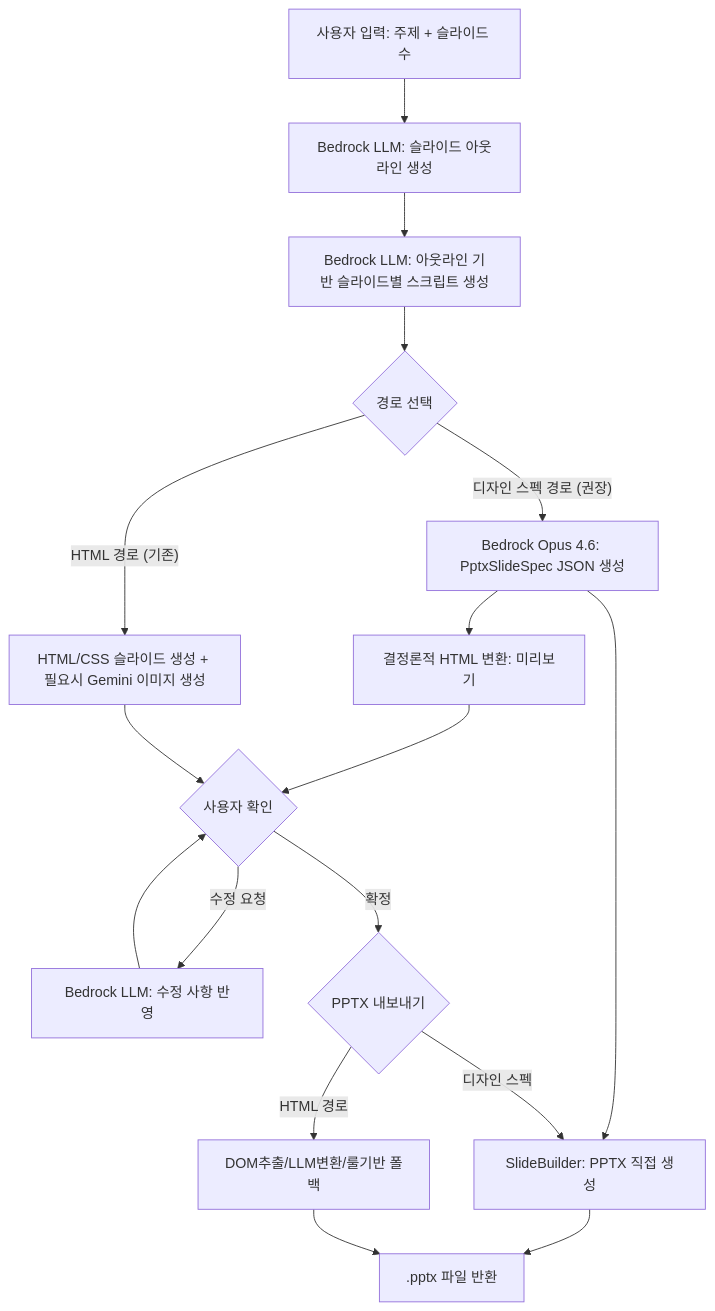
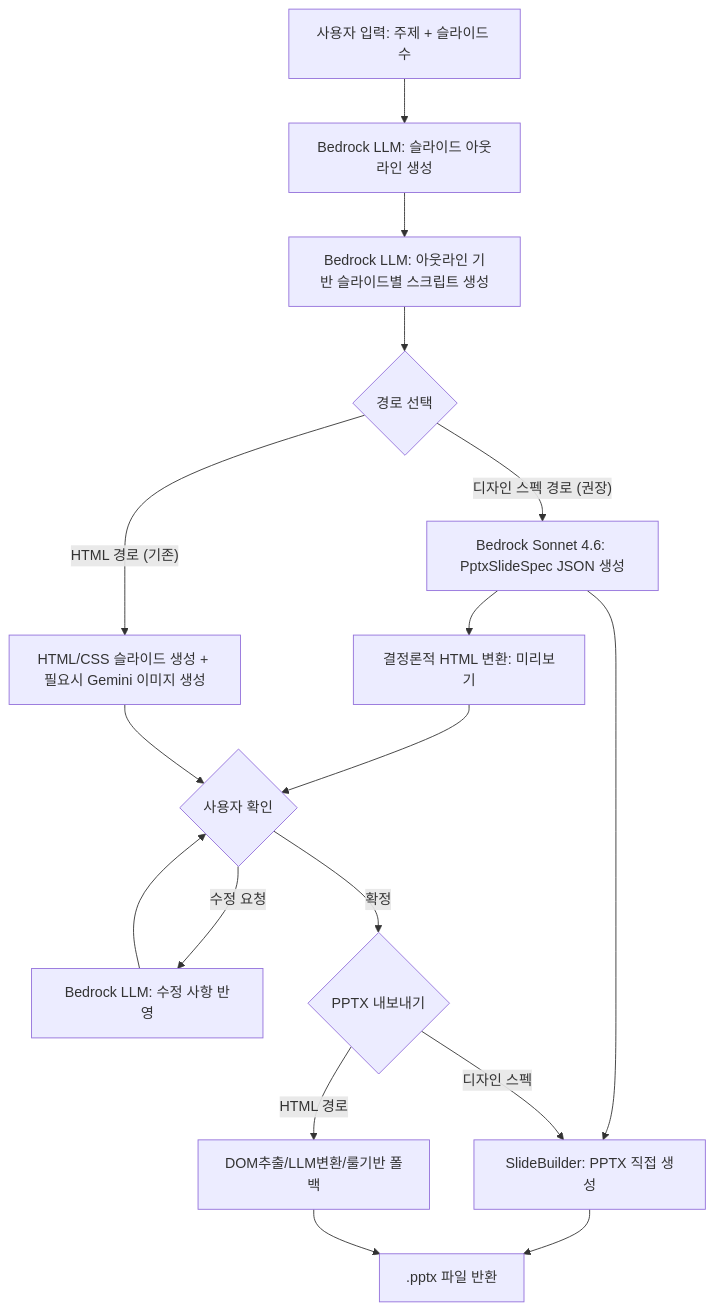
The second of 3 diagrams in docs/ppt-generator.alps.md (haandol/ppt-generator), drawn with Mermaid before and after one commit. The commit also changed other lines of this file and 13 other files, not shown here.

First line of the commit message:
refactor(llm): switch design spec model from Opus to Sonnet 4.6 and improve validator

````diff
--- a/docs/ppt-generator.alps.md
+++ b/docs/ppt-generator.alps.md
@@ -118,19 +118,19 @@
 ```mermaid
 flowchart TD
     A[사용자 입력: 주제 + 슬라이드 수] --> B[Bedrock LLM: 슬라이드 아웃라인 생성]
     B --> B1[Bedrock LLM: 아웃라인 기반 슬라이드별 스크립트 생성]
     B1 --> DS{경로 선택}
-    DS -- "디자인 스펙 경로 (권장)" --> DS1[Bedrock Opus 4.6: PptxSlideSpec JSON 생성]
+    DS -- "디자인 스펙 경로 (권장)" --> DS1[Bedrock Sonnet 4.6: PptxSlideSpec JSON 생성]
     DS1 --> DS2[결정론적 HTML 변환: 미리보기]
     DS2 --> F{사용자 확인}
     DS1 --> DS3[SlideBuilder: PPTX 직접 생성]
     DS -- "HTML 경로 (기존)" --> E[HTML/CSS 슬라이드 생성 + 필요시 Gemini 이미지 생성]
     E --> F
     F -- "수정 요청" --> G[Bedrock LLM: 수정 사항 반영]
     G --> F
     F -- "확정" --> H{PPTX 내보내기}
     H -- "디자인 스펙" --> DS3
     H -- "HTML 경로" --> H1[DOM추출/LLM변환/룰기반 폴백]
     DS3 --> I[.pptx 파일 반환]
     H1 --> I
 ```
````
